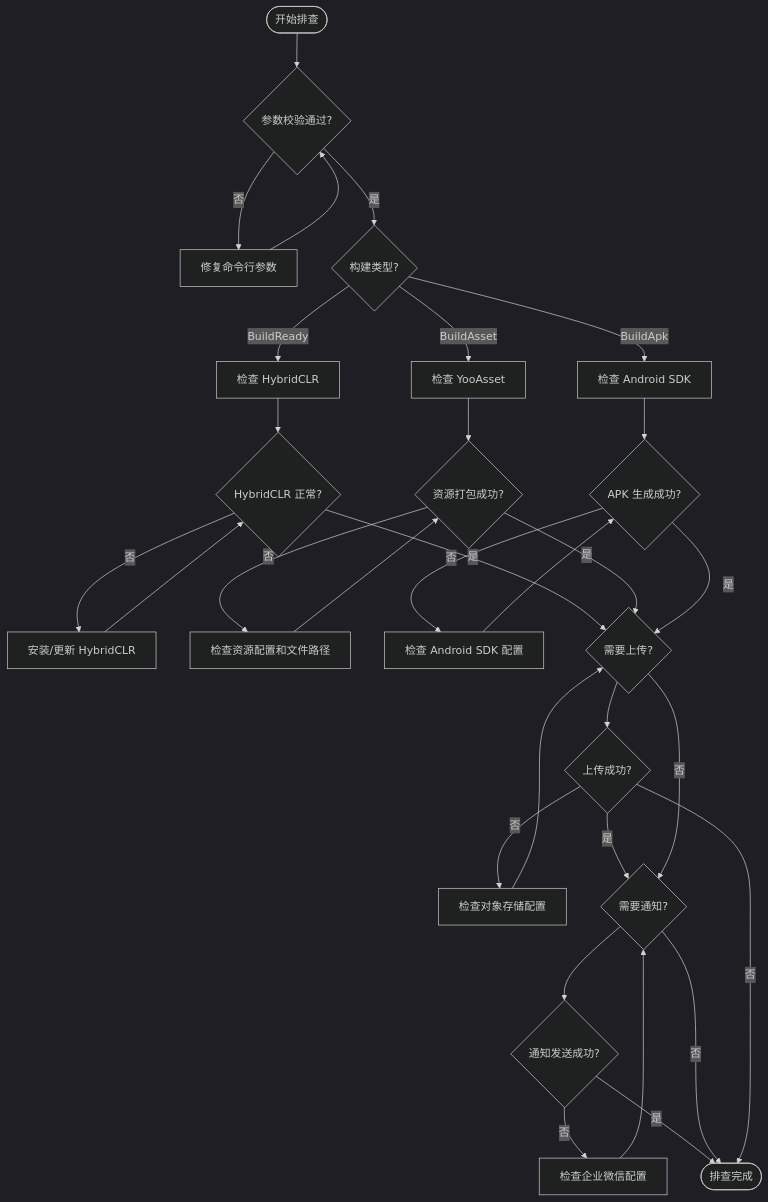
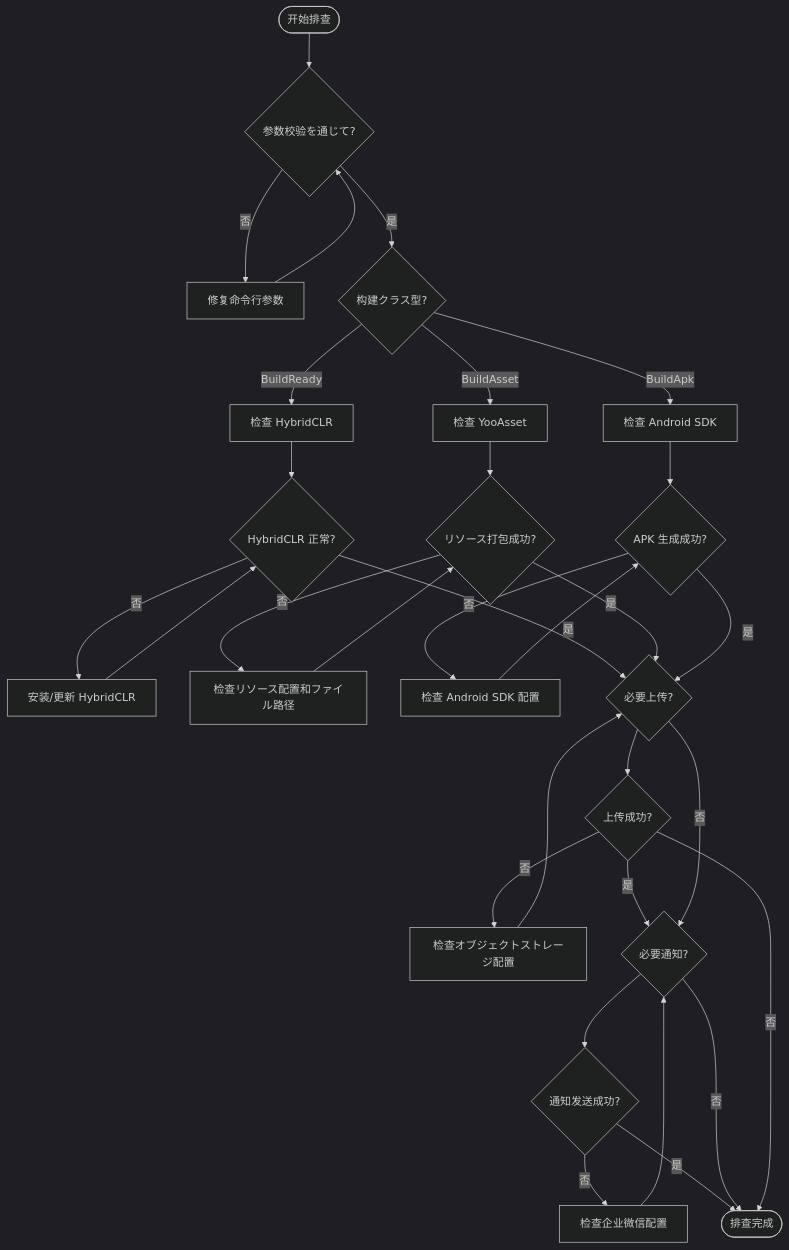
The diagram in docs/ja/client/unity/component/builder/07.troubleshooting.md (AlianBlank/GameFrameX.Docs), drawn with Mermaid (dark theme) before and after one commit. The commit also changed other lines of this file and 603 other files, not shown here.

````diff
--- a/docs/ja/client/unity/component/builder/07.troubleshooting.md
+++ b/docs/ja/client/unity/component/builder/07.troubleshooting.md
@@ -330,44 +330,44 @@
 ```mermaid
 flowchart TD
-    Start([开始排查]) --> CheckParam{参数校验通过?}
+    Start([开始排查]) --> CheckParam{参数校验を通じて?}
     
     CheckParam -->|否| FixParam[修复命令行参数]
     FixParam --> CheckParam
     
-    CheckParam -->|是| CheckBuild{构建类型?}
+    CheckParam -->|是| CheckBuild{构建クラス型?}
     
     CheckBuild -->|BuildReady| CheckHC[检查 HybridCLR]
     CheckBuild -->|BuildAsset| CheckYoo[检查 YooAsset]
     CheckBuild -->|BuildApk| CheckAndroid[检查 Android SDK]
     
     CheckHC --> HCSuccess{HybridCLR 正常?}
     HCSuccess -->|否| FixHC[安装/更新 HybridCLR]
     FixHC --> HCSuccess
     
-    CheckYoo --> YooSuccess{资源打包成功?}
-    YooSuccess -->|否| FixYoo[检查资源配置和文件路径]
+    CheckYoo --> YooSuccess{リソース打包成功?}
+    YooSuccess -->|否| FixYoo[检查リソース配置和ファイル路径]
     FixYoo --> YooSuccess
     
     CheckAndroid --> AndroidSuccess{APK 生成成功?}
     AndroidSuccess -->|否| FixAndroid[检查 Android SDK 配置]
     FixAndroid --> AndroidSuccess
     
-    HCSuccess -->|是| CheckUpload{需要上传?}
+    HCSuccess -->|是| CheckUpload{必要上传?}
     YooSuccess -->|是| CheckUpload
     AndroidSuccess -->|是| CheckUpload
     
     CheckUpload --> UploadSuccess{上传成功?}
-    UploadSuccess -->|否| FixUpload[检查对象存储配置]
+    UploadSuccess -->|否| FixUpload[检查オブジェクトストレージ配置]
     FixUpload --> CheckUpload
     
-    UploadSuccess -->|是| CheckNotify{需要通知?}
+    UploadSuccess -->|是| CheckNotify{必要通知?}
     CheckNotify --> NotifySuccess{通知发送成功?}
     NotifySuccess -->|否| FixNotify[检查企业微信配置]
     FixNotify --> CheckNotify
     
     NotifySuccess -->|是| Success([排查完成])
     CheckNotify -->|否| Success
     UploadSuccess -->|否| Success
     
     CheckUpload -->|否| CheckNotify
 ```
````
